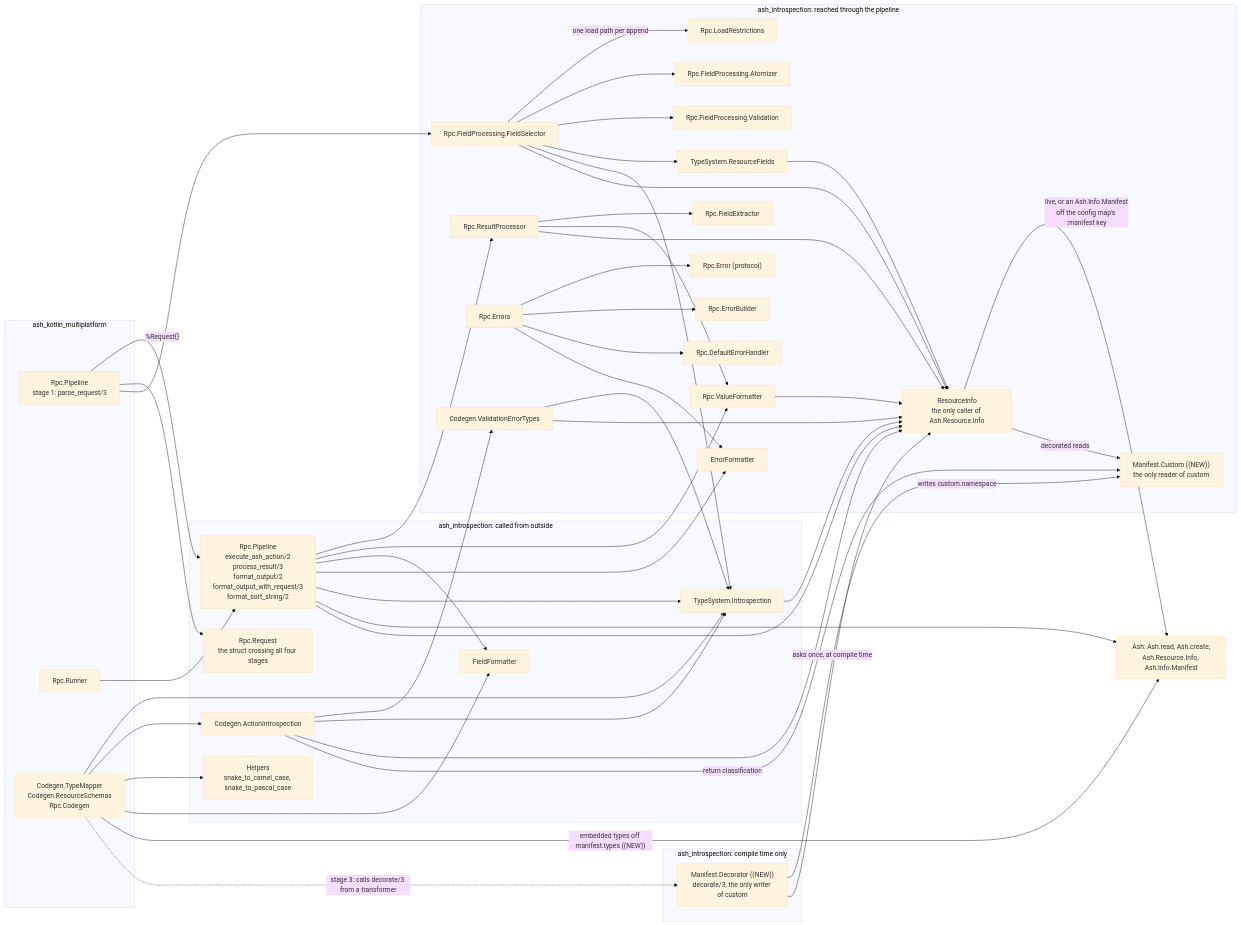
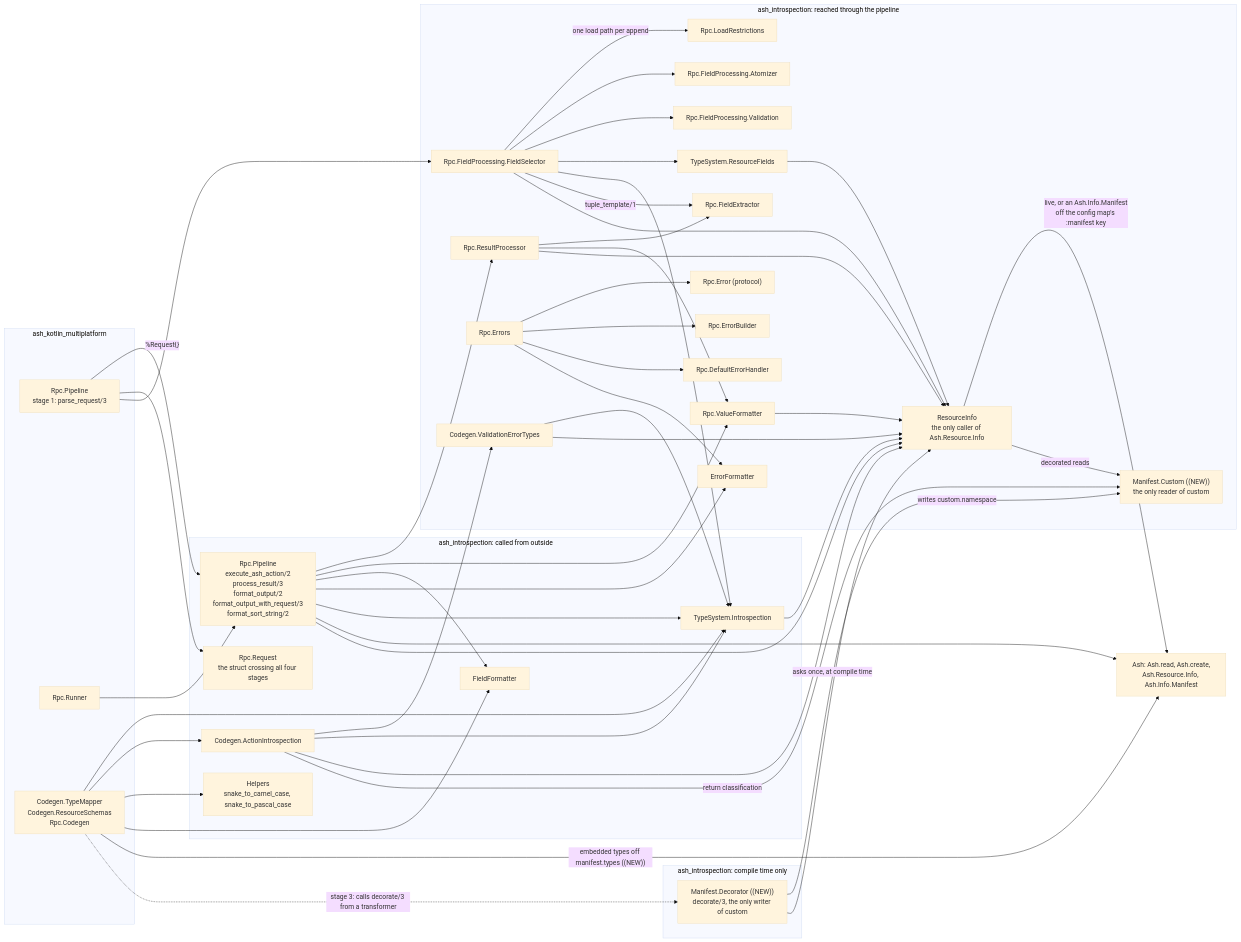
Before and after one commit to udin-io/ash_introspection: the third of 5 diagrams in docs/architecture.md, drawn with Mermaid (base theme). The commit also changed 11 other files, not shown here.

```diff
--- a/docs/architecture.md
+++ b/docs/architecture.md
@@ -153,6 +153,7 @@
     fsel --> fval
     fsel --> rfields
     fsel --> tsi
+    fsel -->|"tuple_template/1"| fext
     rproc --> fext
     rproc --> vfmt
     errs --> errp
```
